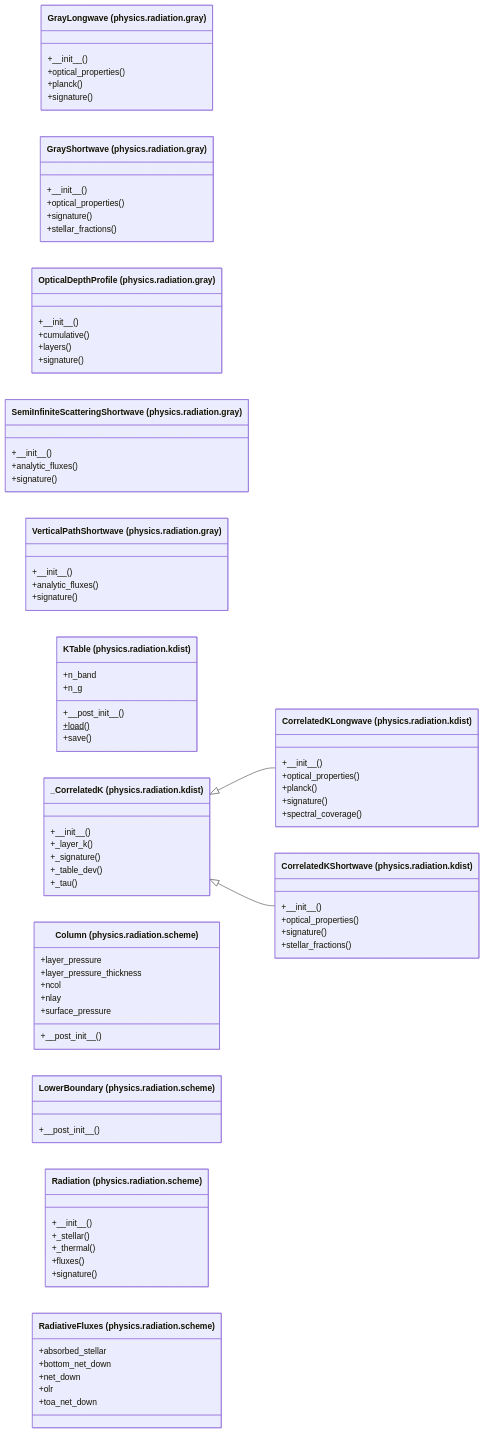
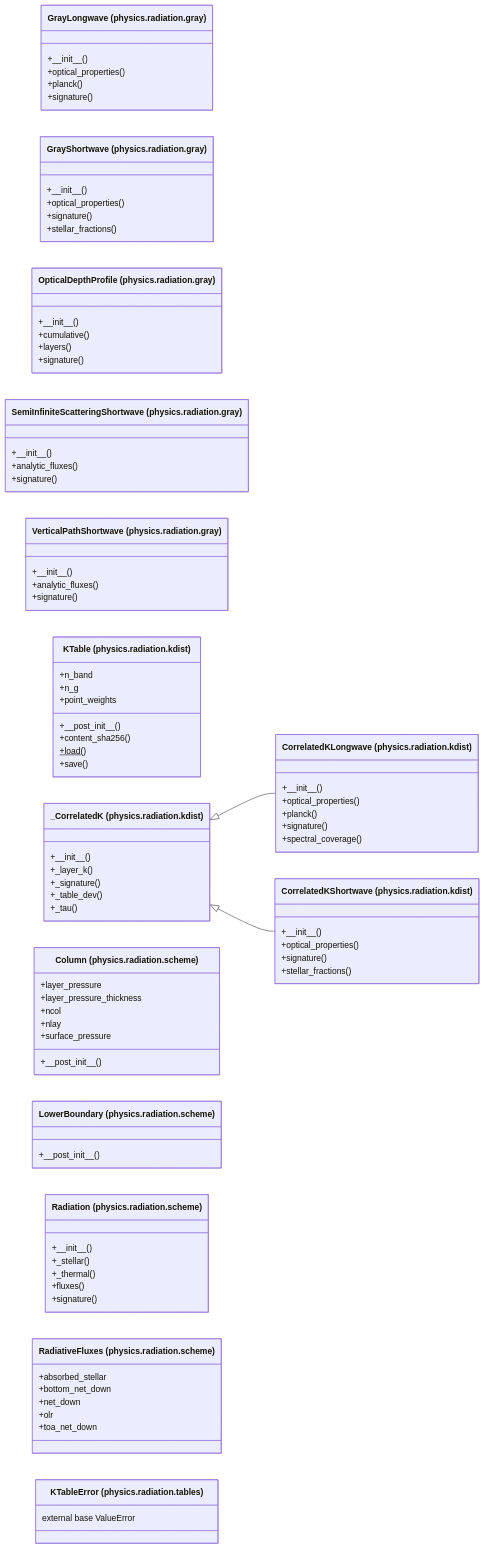
One commit to AlexandreEros/Palintropos changed the second of 2 diagrams in docs/architecture/current/packages/tropoi.physics.radiation.md. Above: the diagram before and after it, drawn with Mermaid. The commit also changed other lines of this file and 16 other files, not shown here.

Commit message:
docs(architecture): refresh the snapshot for the k-table configuration

````diff
--- a/docs/architecture/current/packages/tropoi.physics.radiation.md
+++ b/docs/architecture/current/packages/tropoi.physics.radiation.md
@@ -51,75 +56,79 @@
 ```mermaid
 %% Generated by tools.architecture 2.3.0. Do not edit by hand.
 %% Classes of tropoi.physics.radiation
 classDiagram
     direction LR
     class c_tropoi_ophysics_oradiation_ogray_oGrayLongwave["GrayLongwave (physics.radiation.gray)"]
     c_tropoi_ophysics_oradiation_ogray_oGrayLongwave : +#95;#95;init#95;#95;()
     c_tropoi_ophysics_oradiation_ogray_oGrayLongwave : +optical#95;properties()
     c_tropoi_ophysics_oradiation_ogray_oGrayLongwave : +planck()
     c_tropoi_ophysics_oradiation_ogray_oGrayLongwave : +signature()
     class c_tropoi_ophysics_oradiation_ogray_oGrayShortwave["GrayShortwave (physics.radiation.gray)"]
     c_tropoi_ophysics_oradiation_ogray_oGrayShortwave : +#95;#95;init#95;#95;()
     c_tropoi_ophysics_oradiation_ogray_oGrayShortwave : +optical#95;properties()
     c_tropoi_ophysics_oradiation_ogray_oGrayShortwave : +signature()
     c_tropoi_ophysics_oradiation_ogray_oGrayShortwave : +stellar#95;fractions()
     class c_tropoi_ophysics_oradiation_ogray_oOpticalDepthProfile["OpticalDepthProfile (physics.radiation.gray)"]
     c_tropoi_ophysics_oradiation_ogray_oOpticalDepthProfile : +#95;#95;init#95;#95;()
     c_tropoi_ophysics_oradiation_ogray_oOpticalDepthProfile : +cumulative()
     c_tropoi_ophysics_oradiation_ogray_oOpticalDepthProfile : +layers()
     c_tropoi_ophysics_oradiation_ogray_oOpticalDepthProfile : +signature()
     class c_tropoi_ophysics_oradiation_ogray_oSemiInfiniteScatteringShortwave["SemiInfiniteScatteringShortwave (physics.radiation.gray)"]
     c_tropoi_ophysics_oradiation_ogray_oSemiInfiniteScatteringShortwave : +#95;#95;init#95;#95;()
     c_tropoi_ophysics_oradiation_ogray_oSemiInfiniteScatteringShortwave : +analytic#95;fluxes()
     c_tropoi_ophysics_oradiation_ogray_oSemiInfiniteScatteringShortwave : +signature()
     class c_tropoi_ophysics_oradiation_ogray_oVerticalPathShortwave["VerticalPathShortwave (physics.radiation.gray)"]
     c_tropoi_ophysics_oradiation_ogray_oVerticalPathShortwave : +#95;#95;init#95;#95;()
     c_tropoi_ophysics_oradiation_ogray_oVerticalPathShortwave : +analytic#95;fluxes()
     c_tropoi_ophysics_oradiation_ogray_oVerticalPathShortwave : +signature()
     class c_tropoi_ophysics_oradiation_okdist_oCorrelatedKLongwave["CorrelatedKLongwave (physics.radiation.kdist)"]
     c_tropoi_ophysics_oradiation_okdist_oCorrelatedKLongwave : +#95;#95;init#95;#95;()
     c_tropoi_ophysics_oradiation_okdist_oCorrelatedKLongwave : +optical#95;properties()
     c_tropoi_ophysics_oradiation_okdist_oCorrelatedKLongwave : +planck()
     c_tropoi_ophysics_oradiation_okdist_oCorrelatedKLongwave : +signature()
     c_tropoi_ophysics_oradiation_okdist_oCorrelatedKLongwave : +spectral#95;coverage()
     class c_tropoi_ophysics_oradiation_okdist_oCorrelatedKShortwave["CorrelatedKShortwave (physics.radiation.kdist)"]
     c_tropoi_ophysics_oradiation_okdist_oCorrelatedKShortwave : +#95;#95;init#95;#95;()
     c_tropoi_ophysics_oradiation_okdist_oCorrelatedKShortwave : +optical#95;properties()
     c_tropoi_ophysics_oradiation_okdist_oCorrelatedKShortwave : +signature()
     c_tropoi_ophysics_oradiation_okdist_oCorrelatedKShortwave : +stellar#95;fractions()
     class c_tropoi_ophysics_oradiation_okdist_oKTable["KTable (physics.radiation.kdist)"]
     c_tropoi_ophysics_oradiation_okdist_oKTable : +#95;#95;post#95;init#95;#95;()
+    c_tropoi_ophysics_oradiation_okdist_oKTable : +content#95;sha256()
     c_tropoi_ophysics_oradiation_okdist_oKTable : +load()$
     c_tropoi_ophysics_oradiation_okdist_oKTable : +n#95;band
     c_tropoi_ophysics_oradiation_okdist_oKTable : +n#95;g
+    c_tropoi_ophysics_oradiation_okdist_oKTable : +point#95;weights
     c_tropoi_ophysics_oradiation_okdist_oKTable : +save()
     class c_tropoi_ophysics_oradiation_okdist_o__CorrelatedK["#95;CorrelatedK (physics.radiation.kdist)"]
     c_tropoi_ophysics_oradiation_okdist_o__CorrelatedK : +#95;#95;init#95;#95;()
     c_tropoi_ophysics_oradiation_okdist_o__CorrelatedK : +#95;layer#95;k()
     c_tropoi_ophysics_oradiation_okdist_o__CorrelatedK : +#95;signature()
     c_tropoi_ophysics_oradiation_okdist_o__CorrelatedK : +#95;table#95;dev()
     c_tropoi_ophysics_oradiation_okdist_o__CorrelatedK : +#95;tau()
     class c_tropoi_ophysics_oradiation_oscheme_oColumn["Column (physics.radiation.scheme)"]
     c_tropoi_ophysics_oradiation_oscheme_oColumn : +#95;#95;post#95;init#95;#95;()
     c_tropoi_ophysics_oradiation_oscheme_oColumn : +layer#95;pressure
     c_tropoi_ophysics_oradiation_oscheme_oColumn : +layer#95;pressure#95;thickness
     c_tropoi_ophysics_oradiation_oscheme_oColumn : +ncol
     c_tropoi_ophysics_oradiation_oscheme_oColumn : +nlay
     c_tropoi_ophysics_oradiation_oscheme_oColumn : +surface#95;pressure
     class c_tropoi_ophysics_oradiation_oscheme_oLowerBoundary["LowerBoundary (physics.radiation.scheme)"]
     c_tropoi_ophysics_oradiation_oscheme_oLowerBoundary : +#95;#95;post#95;init#95;#95;()
     class c_tropoi_ophysics_oradiation_oscheme_oRadiation["Radiation (physics.radiation.scheme)"]
     c_tropoi_ophysics_oradiation_oscheme_oRadiation : +#95;#95;init#95;#95;()
     c_tropoi_ophysics_oradiation_oscheme_oRadiation : +#95;stellar()
     c_tropoi_ophysics_oradiation_oscheme_oRadiation : +#95;thermal()
     c_tropoi_ophysics_oradiation_oscheme_oRadiation : +fluxes()
     c_tropoi_ophysics_oradiation_oscheme_oRadiation : +signature()
     class c_tropoi_ophysics_oradiation_oscheme_oRadiativeFluxes["RadiativeFluxes (physics.radiation.scheme)"]
     c_tropoi_ophysics_oradiation_oscheme_oRadiativeFluxes : +absorbed#95;stellar
     c_tropoi_ophysics_oradiation_oscheme_oRadiativeFluxes : +bottom#95;net#95;down
     c_tropoi_ophysics_oradiation_oscheme_oRadiativeFluxes : +net#95;down
     c_tropoi_ophysics_oradiation_oscheme_oRadiativeFluxes : +olr
     c_tropoi_ophysics_oradiation_oscheme_oRadiativeFluxes : +toa#95;net#95;down
+    class c_tropoi_ophysics_oradiation_otables_oKTableError["KTableError (physics.radiation.tables)"]
+    c_tropoi_ophysics_oradiation_otables_oKTableError : external base ValueError
     c_tropoi_ophysics_oradiation_okdist_o__CorrelatedK <|-- c_tropoi_ophysics_oradiation_okdist_oCorrelatedKLongwave
     c_tropoi_ophysics_oradiation_okdist_o__CorrelatedK <|-- c_tropoi_ophysics_oradiation_okdist_oCorrelatedKShortwave
 ```
````
